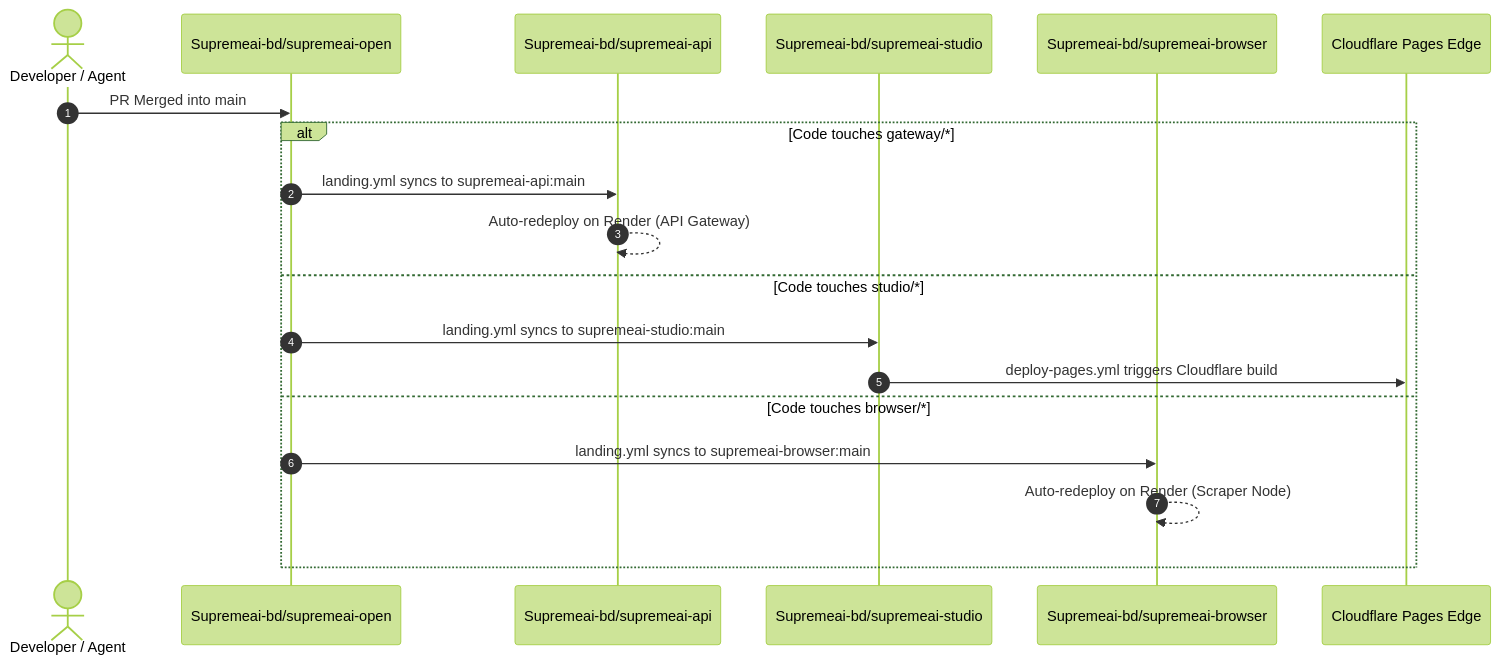
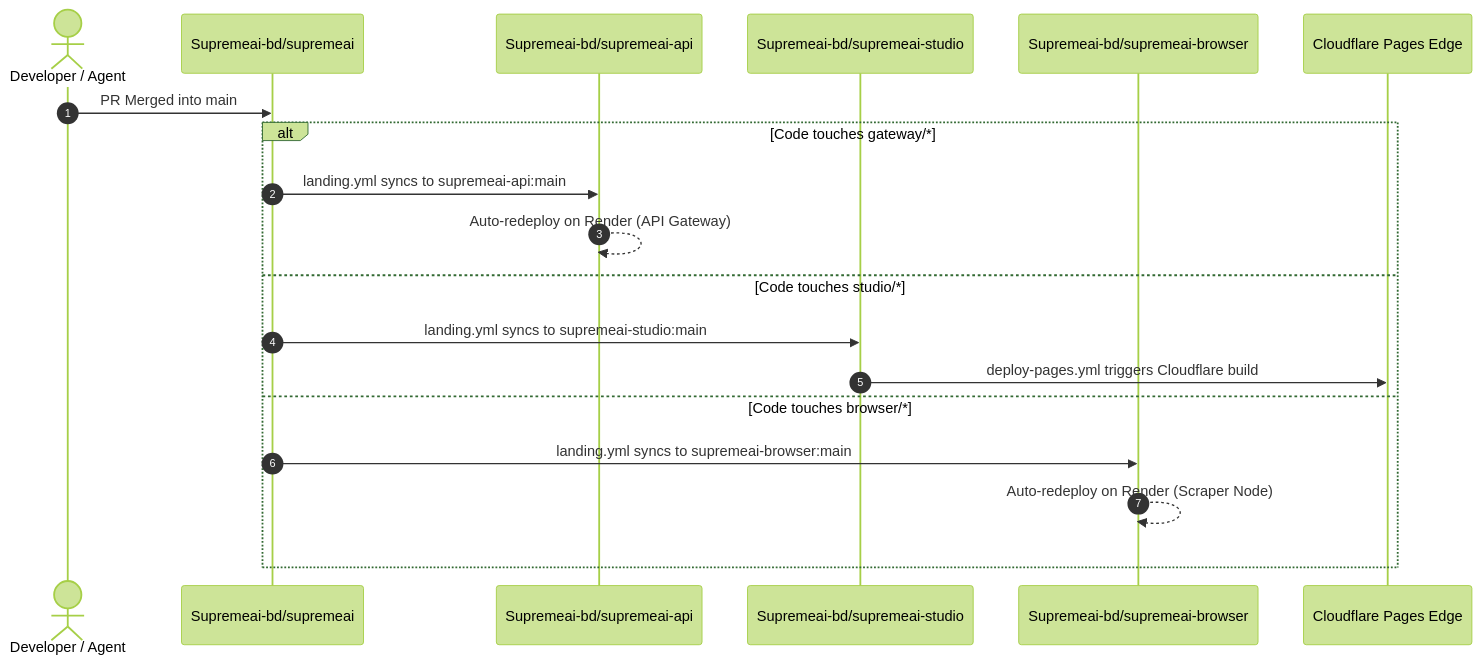
The second of 2 diagrams in gateway/SYSTEM_CHAT_AND_DEPLOYMENT_ARCHITECTURE.md (Supremeai-bd/supremeai), drawn with Mermaid (forest theme) before and after one commit. The commit also changed other lines of this file and 142 other files, not shown here.

````diff
--- a/gateway/SYSTEM_CHAT_AND_DEPLOYMENT_ARCHITECTURE.md
+++ b/gateway/SYSTEM_CHAT_AND_DEPLOYMENT_ARCHITECTURE.md
@@ -98,22 +98,22 @@
 ```mermaid
 sequenceDiagram
     autonumber
     actor Dev as Developer / Agent
-    participant Open as Supremeai-bd/supremeai-open
+    participant Open as Supremeai-bd/supremeai
     participant SatAPI as Supremeai-bd/supremeai-api
     participant SatStudio as Supremeai-bd/supremeai-studio
     participant SatBrowser as Supremeai-bd/supremeai-browser
     participant CF as Cloudflare Pages Edge
 
     Dev->>Open: PR Merged into main
     alt Code touches gateway/*
         Open->>SatAPI: landing.yml syncs to supremeai-api:main
         SatAPI-->>SatAPI: Auto-redeploy on Render (API Gateway)
     else Code touches studio/*
         Open->>SatStudio: landing.yml syncs to supremeai-studio:main
         SatStudio->>CF: deploy-pages.yml triggers Cloudflare build
     else Code touches browser/*
         Open->>SatBrowser: landing.yml syncs to supremeai-browser:main
         SatBrowser-->>SatBrowser: Auto-redeploy on Render (Scraper Node)
     end
 ```
````
